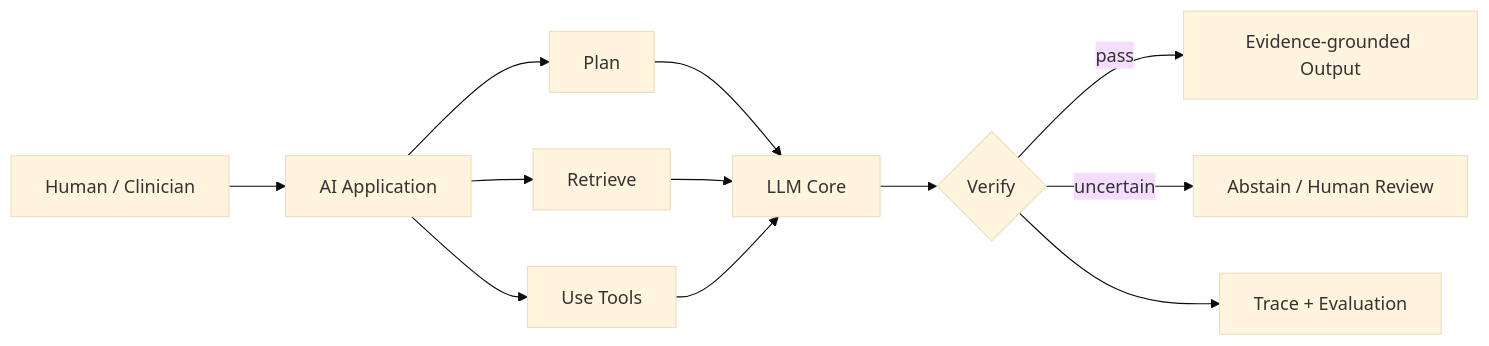
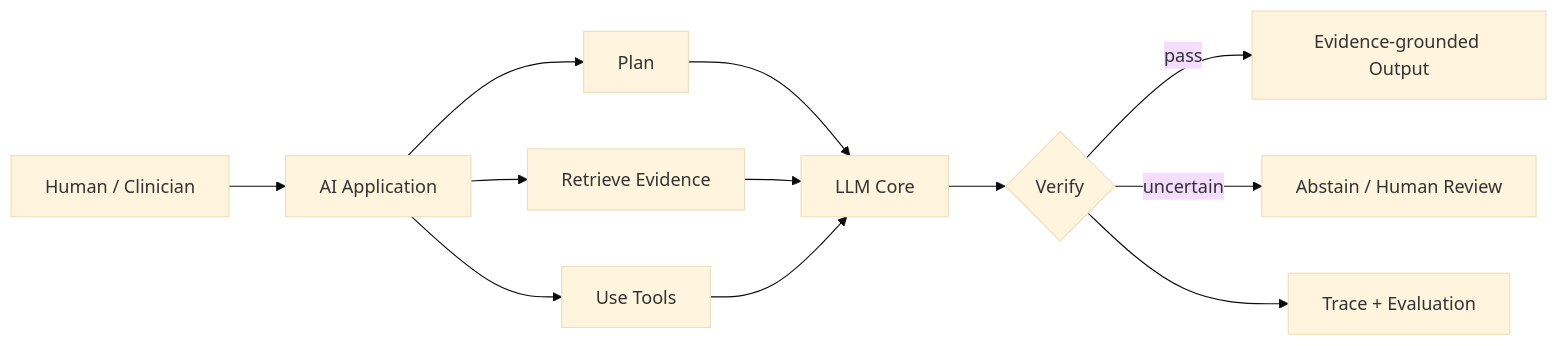
Before and after one commit to Molahassani/Molahassani: the diagram in README.md, drawn with Mermaid (base theme). The commit also changed other lines of this file, not shown here.

````diff
--- a/README.md
+++ b/README.md
@@ -60,14 +120,14 @@
 ```mermaid
 flowchart LR
     H[Human / Clinician] --> A[AI Application]
     A --> P[Plan]
-    A --> R[Retrieve]
+    A --> R[Retrieve Evidence]
     A --> T[Use Tools]
     P --> L[LLM Core]
     R --> L
     T --> L
     L --> V{Verify}
     V -->|pass| O[Evidence-grounded Output]
     V -->|uncertain| X[Abstain / Human Review]
     V --> E[Trace + Evaluation]
 ```
````
